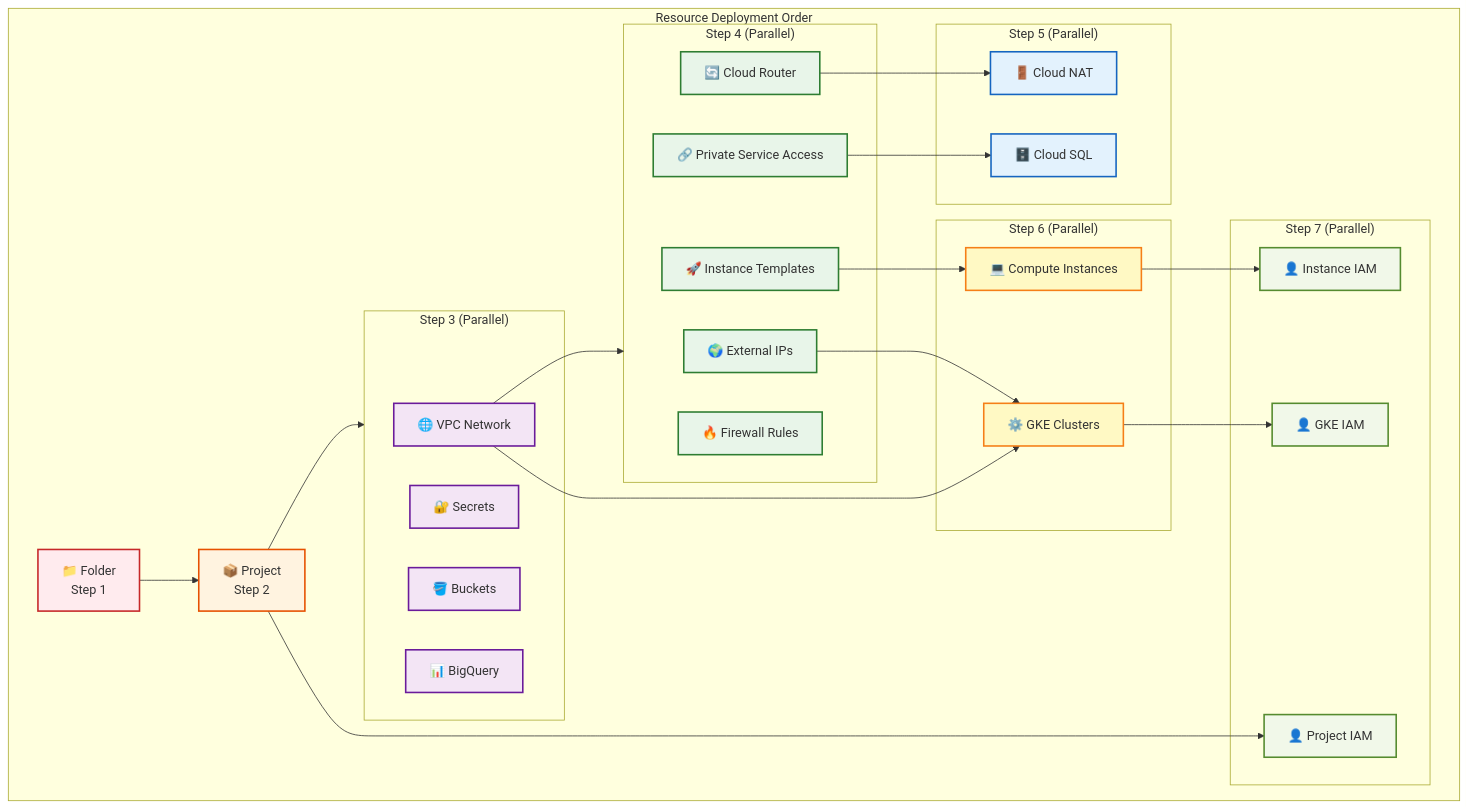
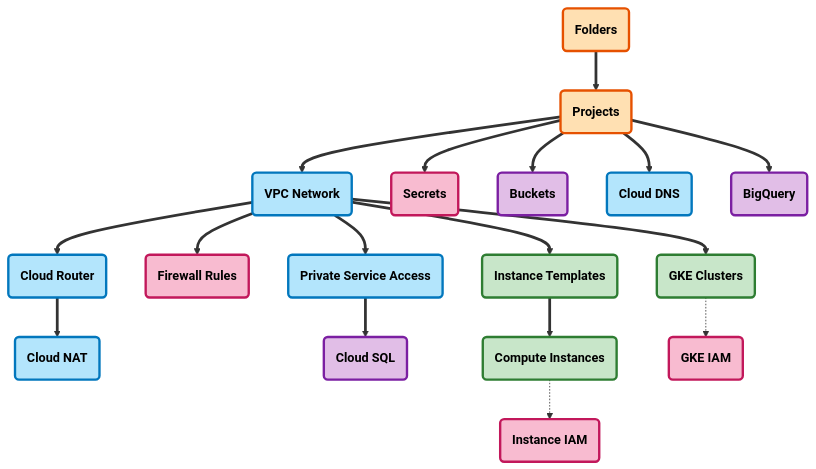
Before and after one commit to spolspol/terragrunt-gcp-org-automation: the second of 2 diagrams in docs/WORKFLOWS.md, drawn with Mermaid. The commit also changed other lines of this file and 36 other files, not shown here.

````diff
--- a/docs/WORKFLOWS.md
+++ b/docs/WORKFLOWS.md
@@ -201,66 +80,75 @@
 ```mermaid
 flowchart TB
-    subgraph "Resource Deployment Order"
-        FOLDER["📁 Folder<br/>Step 1"]
-        PROJECT["📦 Project<br/>Step 2"]
-        
-        subgraph PARALLEL_1["Step 3 (Parallel)"]
-            VPC["🌐 VPC Network"]
-            SECRETS["🔐 Secrets"]
-            BUCKETS["🪣 Buckets"]
-            BIGQUERY["📊 BigQuery"]
-        end
-        
-        subgraph PARALLEL_2["Step 4 (Parallel)"]
-            EXT_IP["🌍 External IPs"]
-            ROUTER["🔄 Cloud Router"]
-            FW_RULES["🔥 Firewall Rules"]
-            PSA["🔗 Private Service Access"]
-            INST_TPL["🚀 Instance Templates"]
-        end
-        
-        subgraph PARALLEL_3["Step 5 (Parallel)"]
-            NAT["🚪 Cloud NAT"]
-            SQL["🗄️ Cloud SQL"]
-        end
-        
-        subgraph PARALLEL_4["Step 6 (Parallel)"]
-            COMPUTE["💻 Compute Instances"]
-            GKE["⚙️ GKE Clusters"]
-        end
-        
-        subgraph PARALLEL_5["Step 7 (Parallel)"]
-            PROJ_IAM["👤 Project IAM"]
-            INST_IAM["👤 Instance IAM"]
-            GKE_IAM["👤 GKE IAM"]
-        end
-    end
-    
-    FOLDER --> PROJECT
-    PROJECT --> PARALLEL_1
-    VPC --> PARALLEL_2
-    ROUTER --> NAT
-    PSA --> SQL
-    INST_TPL --> COMPUTE
-    VPC --> GKE
-    EXT_IP --> GKE
-    COMPUTE --> INST_IAM
-    GKE --> GKE_IAM
-    PROJECT --> PROJ_IAM
-    
-    classDef step1 fill:#ffebee,stroke:#c62828,stroke-width:2px
-    classDef step2 fill:#fff3e0,stroke:#e65100,stroke-width:2px
-    classDef step3 fill:#f3e5f5,stroke:#6a1b9a,stroke-width:2px
-    classDef step4 fill:#e8f5e9,stroke:#2e7d32,stroke-width:2px
-    classDef step5 fill:#e3f2fd,stroke:#1565c0,stroke-width:2px
-    classDef step6 fill:#fff9c4,stroke:#f57f17,stroke-width:2px
-    classDef step7 fill:#f1f8e9,stroke:#558b2f,stroke-width:2px
-    
-    class FOLDER step1
-    class PROJECT step2
-    class VPC,SECRETS,BUCKETS,BIGQUERY step3
-    class EXT_IP,ROUTER,FW_RULES,PSA,INST_TPL step4
-    class NAT,SQL step5
-    class COMPUTE,GKE step6
-    class PROJ_IAM,INST_IAM,GKE_IAM step7
+    FOLDER("
+<b>Folders</b>
+") ==> PROJECT("
+<b>Projects</b>
+")
+
+    PROJECT ==> VPC("
+<b>VPC Network</b>
+")
+    PROJECT ==> SECRETS("
+<b>Secrets</b>
+")
+    PROJECT ==> BUCKETS("
+<b>Buckets</b>
+")
+    PROJECT ==> DNS("
+<b>Cloud DNS</b>
+")
+    PROJECT ==> BQ("
+<b>BigQuery</b>
+")
+
+    VPC ==> ROUTER("
+<b>Cloud Router</b>
+")
+    VPC ==> FW("
+<b>Firewall Rules</b>
+")
+    VPC ==> PSA("
+<b>Private Service Access</b>
+")
+    VPC ==> ITMPL("
+<b>Instance Templates</b>
+")
+
+    ROUTER ==> NAT("
+<b>Cloud NAT</b>
+")
+    PSA ==> SQL("
+<b>Cloud SQL</b>
+")
+    ITMPL ==> COMPUTE("
+<b>Compute Instances</b>
+")
+    VPC ==> GKE("
+<b>GKE Clusters</b>
+")
+
+    COMPUTE -.-> IIAM("
+<b>Instance IAM</b>
+")
+    GKE -.-> GIAM("
+<b>GKE IAM</b>
+")
+
+    style FOLDER fill:#ffe0b2,stroke:#e65100,stroke-width:3px,color:#000
+    style PROJECT fill:#ffe0b2,stroke:#e65100,stroke-width:3px,color:#000
+    style VPC fill:#b3e5fc,stroke:#0277bd,stroke-width:3px,color:#000
+    style ROUTER fill:#b3e5fc,stroke:#0277bd,stroke-width:3px,color:#000
+    style NAT fill:#b3e5fc,stroke:#0277bd,stroke-width:3px,color:#000
+    style FW fill:#f8bbd0,stroke:#c2185b,stroke-width:3px,color:#000
+    style PSA fill:#b3e5fc,stroke:#0277bd,stroke-width:3px,color:#000
+    style SECRETS fill:#f8bbd0,stroke:#c2185b,stroke-width:3px,color:#000
+    style BUCKETS fill:#e1bee7,stroke:#7b1fa2,stroke-width:3px,color:#000
+    style DNS fill:#b3e5fc,stroke:#0277bd,stroke-width:3px,color:#000
+    style BQ fill:#e1bee7,stroke:#7b1fa2,stroke-width:3px,color:#000
+    style SQL fill:#e1bee7,stroke:#7b1fa2,stroke-width:3px,color:#000
+    style ITMPL fill:#c8e6c9,stroke:#2e7d32,stroke-width:3px,color:#000
+    style COMPUTE fill:#c8e6c9,stroke:#2e7d32,stroke-width:3px,color:#000
+    style GKE fill:#c8e6c9,stroke:#2e7d32,stroke-width:3px,color:#000
+    style IIAM fill:#f8bbd0,stroke:#c2185b,stroke-width:3px,color:#000
+    style GIAM fill:#f8bbd0,stroke:#c2185b,stroke-width:3px,color:#000
 ```
````
